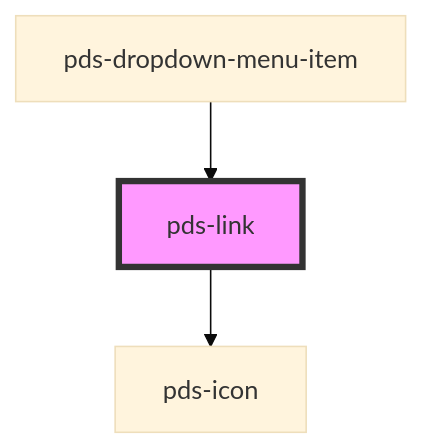
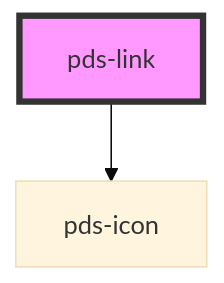
The diagram in libs/core/src/components/pds-link/readme.md (Kajabi/pine), drawn with Mermaid (base theme) before and after one commit. The commit also changed other lines of this file and 5 other files, not shown here.

Commit message:
feat(pds-dropdown-menu-item): add http-method, turbo-frame, turbo props and pdsBeforeSubmit event

````diff
--- a/libs/core/src/components/pds-link/readme.md
+++ b/libs/core/src/components/pds-link/readme.md
@@ -46,6 +42,5 @@
 ```mermaid
 graph TD;
   pds-link --> pds-icon
-  pds-dropdown-menu-item --> pds-link
   style pds-link fill:#f9f,stroke:#333,stroke-width:4px
 ```
````
